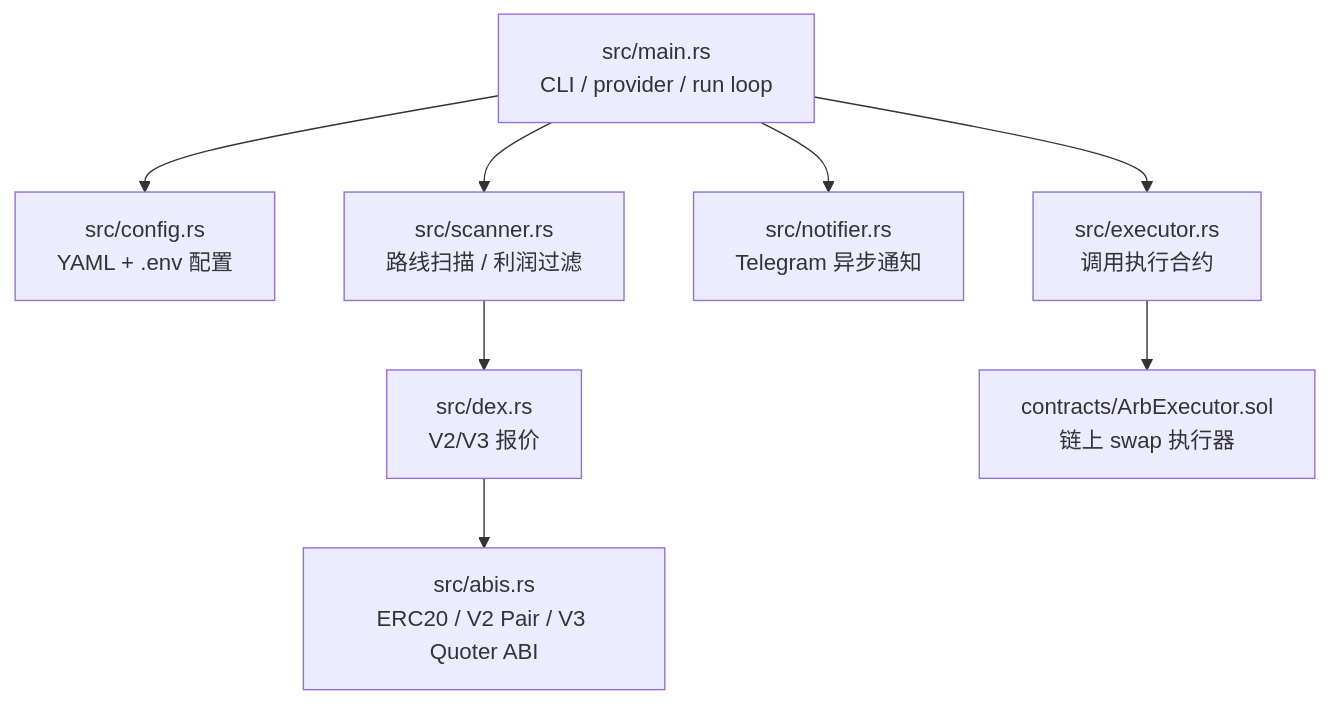
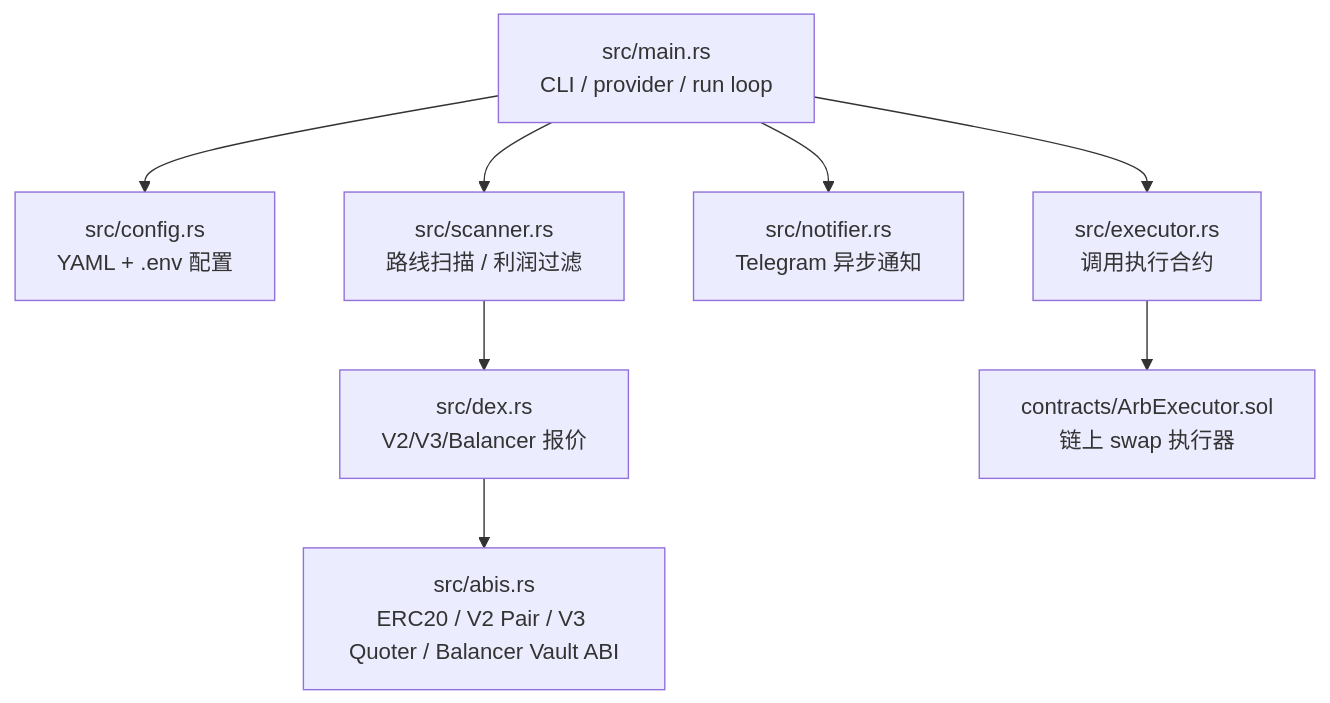
The third of 6 diagrams in README.md (LiQingMuBai/rust-uniswap), drawn with Mermaid before and after one commit. The commit also changed other lines of this file and 9 other files, not shown here.

````diff
--- a/README.md
+++ b/README.md
@@ -84,10 +91,10 @@
 ```mermaid
 flowchart TB
     Main["src/main.rs\nCLI / provider / run loop"] --> Config["src/config.rs\nYAML + .env 配置"]
     Main --> Scanner["src/scanner.rs\n路线扫描 / 利润过滤"]
-    Scanner --> Dex["src/dex.rs\nV2/V3 报价"]
-    Dex --> Abis["src/abis.rs\nERC20 / V2 Pair / V3 Quoter ABI"]
+    Scanner --> Dex["src/dex.rs\nV2/V3/Balancer 报价"]
+    Dex --> Abis["src/abis.rs\nERC20 / V2 Pair / V3 Quoter / Balancer Vault ABI"]
     Main --> Notifier["src/notifier.rs\nTelegram 异步通知"]
     Main --> Executor["src/executor.rs\n调用执行合约"]
     Executor --> Contract["contracts/ArbExecutor.sol\n链上 swap 执行器"]
 ```
````
